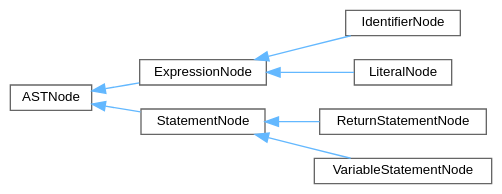
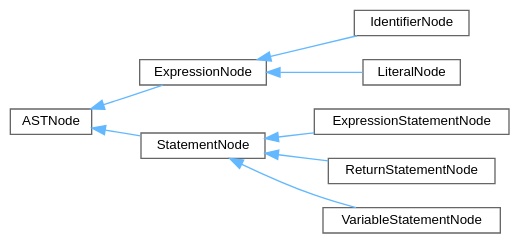
One commit to kejunp/kejunp.github.io changed the diagram in pebbl/docs/inherit_graph_0.dot. Above: the diagram before and after it, drawn with Graphviz. The commit also changed 32 other files, not shown here.

```diff
--- a/pebbl/docs/inherit_graph_0.dot
+++ b/pebbl/docs/inherit_graph_0.dot
@@ -1,21 +1,23 @@
 digraph "Graphical Class Hierarchy"
 {
  // LATEX_PDF_SIZE
   bgcolor="transparent";
   edge [fontname=Helvetica,fontsize=10,labelfontname=Helvetica,labelfontsize=10];
   node [fontname=Helvetica,fontsize=10,shape=box,height=0.2,width=0.4];
   rankdir="LR";
   Node0 [id="Node000000",label="ASTNode",height=0.2,width=0.4,color="grey40", fillcolor="white", style="filled",URL="$structASTNode.html",tooltip="Base class of all AST nodes."];
   Node0 -> Node1 [id="edge1_Node000000_Node000001",dir="back",color="steelblue1",style="solid",tooltip=" "];
   Node1 [id="Node000001",label="ExpressionNode",height=0.2,width=0.4,color="grey40", fillcolor="white", style="filled",URL="$structExpressionNode.html",tooltip="Base class for all expressions."];
   Node1 -> Node2 [id="edge2_Node000001_Node000002",dir="back",color="steelblue1",style="solid",tooltip=" "];
   Node2 [id="Node000002",label="IdentifierNode",height=0.2,width=0.4,color="grey40", fillcolor="white", style="filled",URL="$structIdentifierNode.html",tooltip=" "];
   Node1 -> Node3 [id="edge3_Node000001_Node000003",dir="back",color="steelblue1",style="solid",tooltip=" "];
   Node3 [id="Node000003",label="LiteralNode",height=0.2,width=0.4,color="grey40", fillcolor="white", style="filled",URL="$structLiteralNode.html",tooltip="Base class for all literals."];
   Node0 -> Node4 [id="edge4_Node000000_Node000004",dir="back",color="steelblue1",style="solid",tooltip=" "];
   Node4 [id="Node000004",label="StatementNode",height=0.2,width=0.4,color="grey40", fillcolor="white", style="filled",URL="$structStatementNode.html",tooltip="Base class for all statements."];
   Node4 -> Node5 [id="edge5_Node000004_Node000005",dir="back",color="steelblue1",style="solid",tooltip=" "];
-  Node5 [id="Node000005",label="ReturnStatementNode",height=0.2,width=0.4,color="grey40", fillcolor="white", style="filled",URL="$structReturnStatementNode.html",tooltip=" "];
+  Node5 [id="Node000005",label="ExpressionStatementNode",height=0.2,width=0.4,color="grey40", fillcolor="white", style="filled",URL="$structExpressionStatementNode.html",tooltip=" "];
   Node4 -> Node6 [id="edge6_Node000004_Node000006",dir="back",color="steelblue1",style="solid",tooltip=" "];
-  Node6 [id="Node000006",label="VariableStatementNode",height=0.2,width=0.4,color="grey40", fillcolor="white", style="filled",URL="$structVariableStatementNode.html",tooltip=" "];
+  Node6 [id="Node000006",label="ReturnStatementNode",height=0.2,width=0.4,color="grey40", fillcolor="white", style="filled",URL="$structReturnStatementNode.html",tooltip=" "];
+  Node4 -> Node7 [id="edge7_Node000004_Node000007",dir="back",color="steelblue1",style="solid",tooltip=" "];
+  Node7 [id="Node000007",label="VariableStatementNode",height=0.2,width=0.4,color="grey40", fillcolor="white", style="filled",URL="$structVariableStatementNode.html",tooltip=" "];
 }
```
